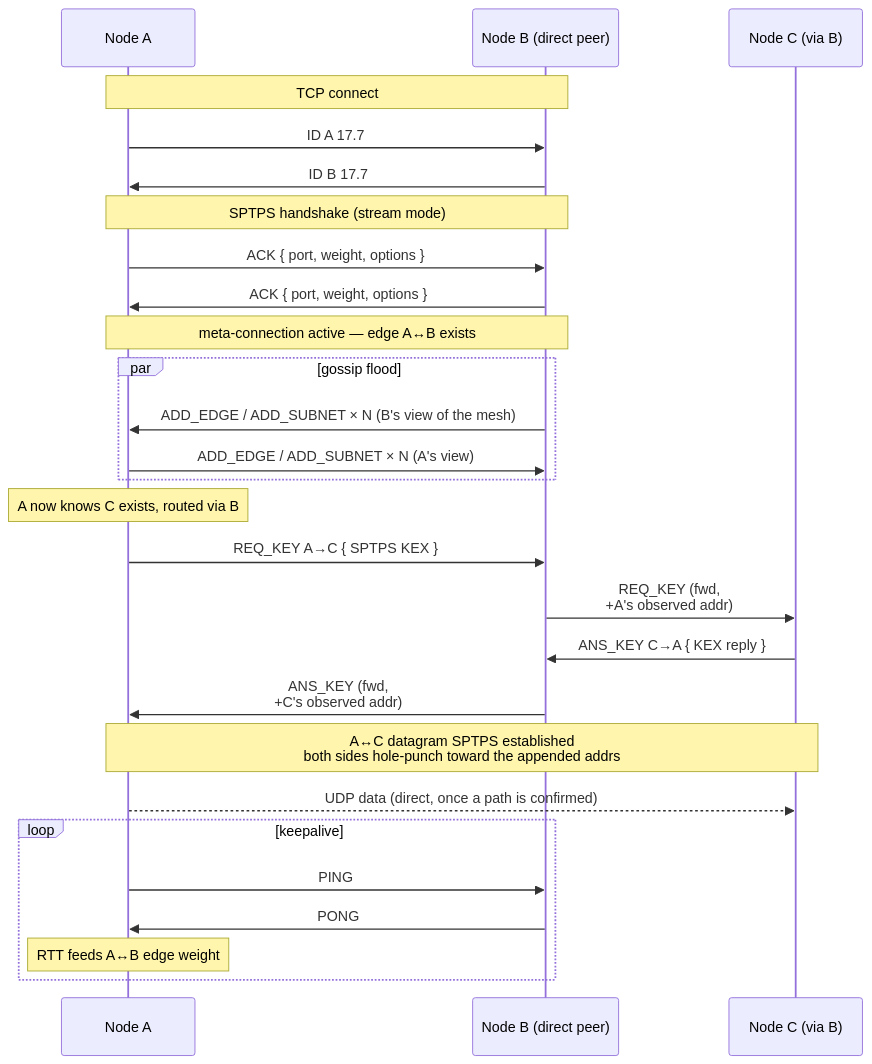
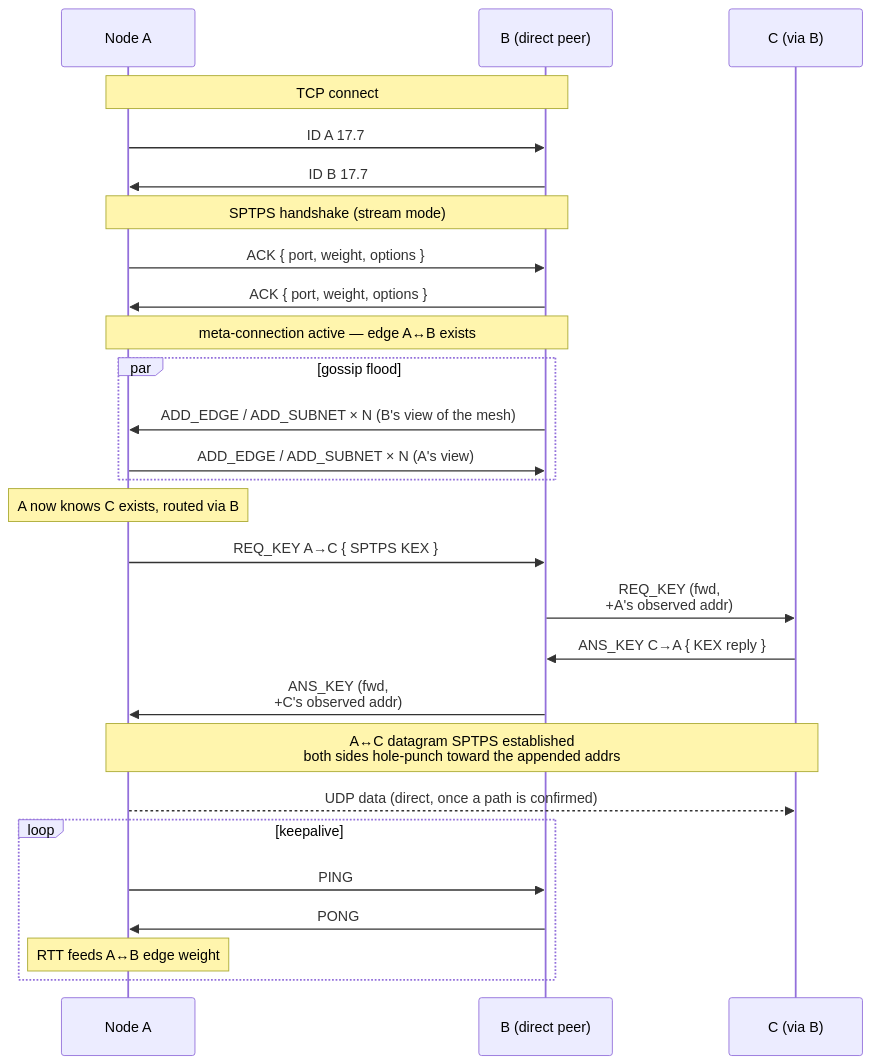
One commit to Mic92/tincr changed the third of 4 diagrams in docs/PROTOCOL.md. Above: the diagram before and after it, drawn with Mermaid. The commit also changed other lines of this file, not shown here.

Commit message:
docs/PROTOCOL: drop clipped terminal state, shorten participant labels
The Established→[*] edge ran off GitHub's render iframe in LR layout.
Unreachable-returns-to-start is already obvious and now stated in the
trailing prose; remove the edge so the diagram fits. Also drop "Node "
prefix from sequence participants — the right column was tight against
the iframe's zoom overlay.

````diff
--- a/docs/PROTOCOL.md
+++ b/docs/PROTOCOL.md
@@ -115,29 +115,29 @@
 ```mermaid
 sequenceDiagram
     participant A as Node A
-    participant B as Node B (direct peer)
-    participant C as Node C (via B)
+    participant B as B (direct peer)
+    participant C as C (via B)
     Note over A,B: TCP connect
     A->>B: ID A 17.7
     B->>A: ID B 17.7
     Note over A,B: SPTPS handshake (stream mode)
     A->>B: ACK { port, weight, options }
     B->>A: ACK { port, weight, options }
     Note over A,B: meta-connection active — edge A↔B exists
     par gossip flood
         B->>A: ADD_EDGE / ADD_SUBNET × N (B's view of the mesh)
         A->>B: ADD_EDGE / ADD_SUBNET × N (A's view)
     end
     Note over A: A now knows C exists, routed via B
     A->>B: REQ_KEY A→C { SPTPS KEX }
     B->>C: REQ_KEY (fwd,<br/>+A's observed addr)
     C->>B: ANS_KEY C→A { KEX reply }
     B->>A: ANS_KEY (fwd,<br/>+C's observed addr)
     Note over A,C: A↔C datagram SPTPS established<br/>both sides hole-punch toward the appended addrs
     A-->>C: UDP data (direct, once a path is confirmed)
     loop keepalive
         A->>B: PING
         B->>A: PONG
         Note over A: RTT feeds A↔B edge weight
     end
 ```
````
